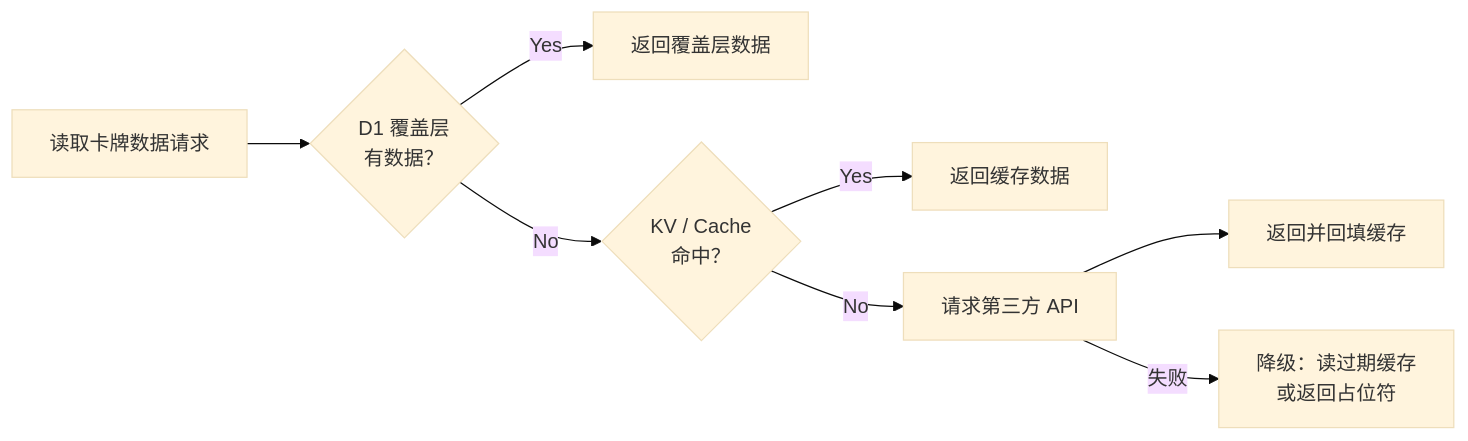
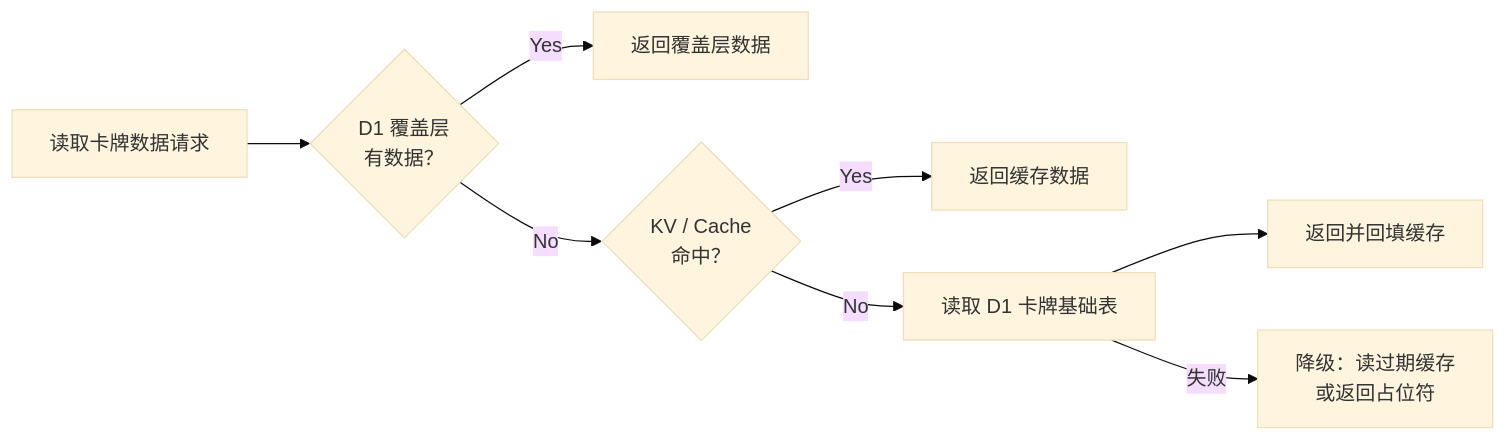
Before and after one commit to kando6370-wq/toccards: the second of 2 diagrams in docs/tcg-card/02-architecture/architecture.md, drawn with Mermaid (base theme). The commit also changed other lines of this file and 32 other files, not shown here.

````diff
--- a/docs/tcg-card/02-architecture/architecture.md
+++ b/docs/tcg-card/02-architecture/architecture.md
@@ -82,10 +82,10 @@
 ```mermaid
 graph LR
     REQ["读取卡牌数据请求"] --> OVR{"D1 覆盖层\n有数据？"}
     OVR -->|Yes| RES1["返回覆盖层数据"]
     OVR -->|No| CACHE{"KV / Cache\n命中？"}
     CACHE -->|Yes| RES2["返回缓存数据"]
-    CACHE -->|No| THIRD["请求第三方 API"]
-    THIRD --> RES3["返回并回填缓存"]
-    THIRD -->|失败| FALL["降级：读过期缓存\n或返回占位符"]
+    CACHE -->|No| BASE["读取 D1 卡牌基础表"]
+    BASE --> RES3["返回并回填缓存"]
+    BASE -->|失败| FALL["降级：读过期缓存\n或返回占位符"]
 ```
````
